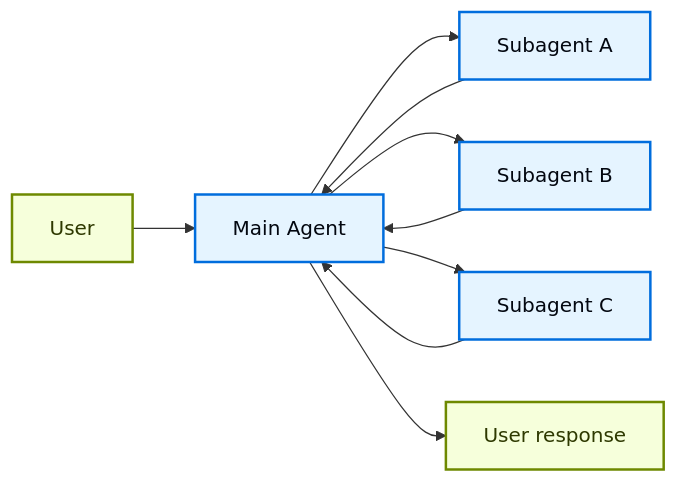
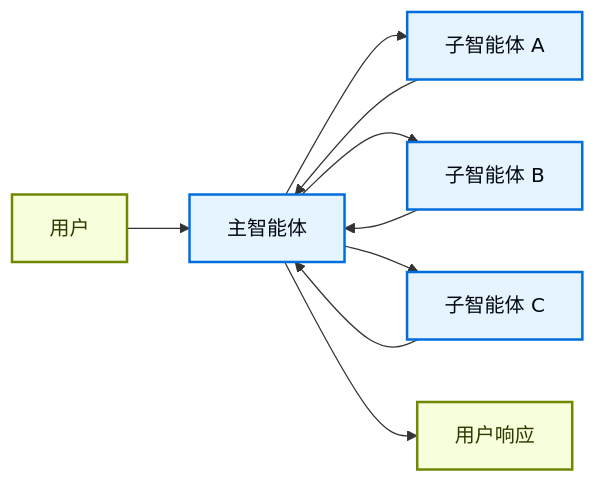
Before and after one commit to CodeFly16/langchain-cn-doc: the fourth of 5 diagrams in oss/javascript/langchain/multi-agent/subagents.mdx, drawn with Mermaid. The commit also changed other lines of this file and 106 other files, not shown here.

````diff
--- a/oss/javascript/langchain/multi-agent/subagents.mdx
+++ b/oss/javascript/langchain/multi-agent/subagents.mdx
@@ -196,17 +196,17 @@
 ```mermaid
 graph LR
-    A[User] --> B[Main Agent]
-    B --> C[Subagent A]
-    B --> D[Subagent B]
-    B --> E[Subagent C]
+    A[用户] --> B[主智能体]
+    B --> C[子智能体 A]
+    B --> D[子智能体 B]
+    B --> E[子智能体 C]
     C --> B
     D --> B
     E --> B
-    B --> F[User response]
+    B --> F[用户响应]
 
     classDef trigger fill:#F6FFDB,stroke:#6E8900,stroke-width:2px,color:#2E3900
     classDef process fill:#E5F4FF,stroke:#006DDD,stroke-width:2px,color:#030710
 
     class A,F trigger
     class B,C,D,E process
 ```
````
